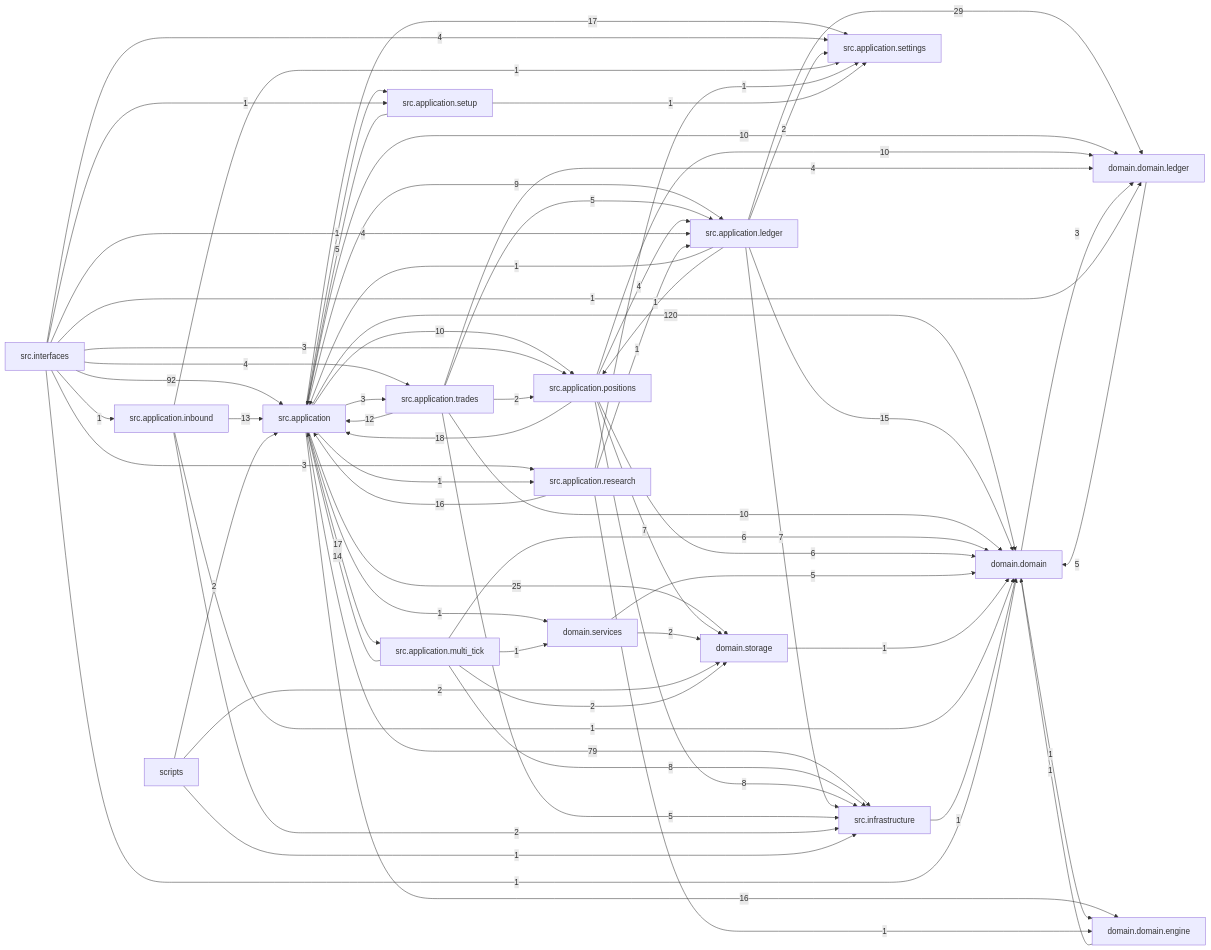
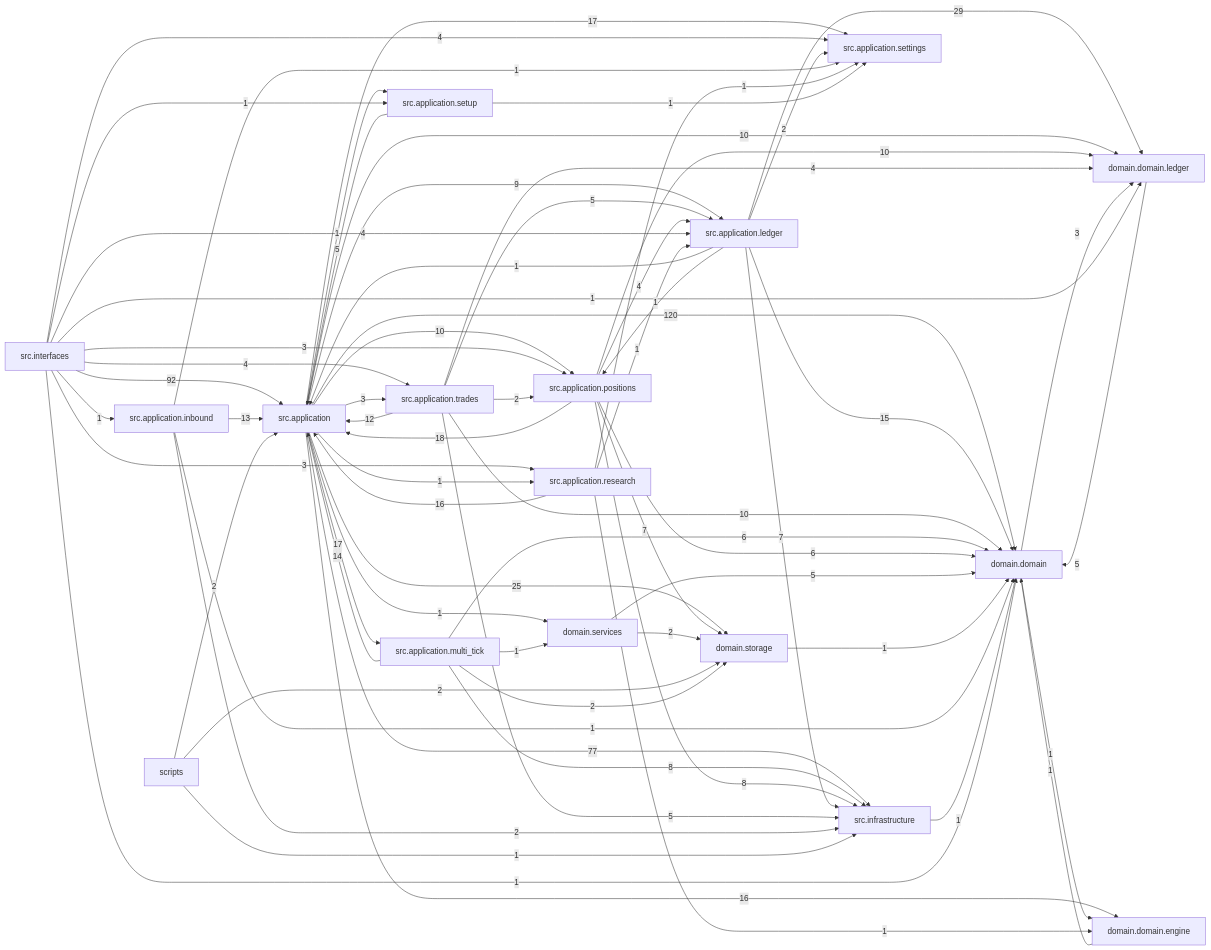
The diagram in docs/dependency_graph.mmd (liuxie066/options-monitor), drawn with Mermaid before and after one commit. The commit also changed 71 other files, not shown here.

```diff
--- a/docs/dependency_graph.mmd
+++ b/docs/dependency_graph.mmd
@@ -1,68 +1,68 @@
 flowchart LR
   src_application["src.application"] -->|120| domain_domain["domain.domain"]
   src_interfaces["src.interfaces"] -->|92| src_application["src.application"]
-  src_application["src.application"] -->|79| src_infrastructure["src.infrastructure"]
+  src_application["src.application"] -->|77| src_infrastructure["src.infrastructure"]
   src_application_ledger["src.application.ledger"] -->|29| domain_domain_ledger["domain.domain.ledger"]
   src_application["src.application"] -->|25| domain_storage["domain.storage"]
   src_application_positions["src.application.positions"] -->|18| src_application["src.application"]
   src_application["src.application"] -->|17| src_application_multi_tick["src.application.multi_tick"]
   src_application["src.application"] -->|17| src_application_settings["src.application.settings"]
   src_application["src.application"] -->|16| domain_domain_engine["domain.domain.engine"]
   src_application_research["src.application.research"] -->|16| src_application["src.application"]
   src_application_ledger["src.application.ledger"] -->|15| domain_domain["domain.domain"]
   src_application_multi_tick["src.application.multi_tick"] -->|14| src_application["src.application"]
   src_application_inbound["src.application.inbound"] -->|13| src_application["src.application"]
   src_application_trades["src.application.trades"] -->|12| src_application["src.application"]
   src_application["src.application"] -->|10| domain_domain_ledger["domain.domain.ledger"]
   src_application["src.application"] -->|10| src_application_positions["src.application.positions"]
   src_application_positions["src.application.positions"] -->|10| domain_domain_ledger["domain.domain.ledger"]
   src_application_trades["src.application.trades"] -->|10| domain_domain["domain.domain"]
   src_application["src.application"] -->|9| src_application_ledger["src.application.ledger"]
   src_application_multi_tick["src.application.multi_tick"] -->|8| src_infrastructure["src.infrastructure"]
   src_application_positions["src.application.positions"] -->|8| src_infrastructure["src.infrastructure"]
   src_application_ledger["src.application.ledger"] -->|7| src_infrastructure["src.infrastructure"]
   src_application_positions["src.application.positions"] -->|7| domain_storage["domain.storage"]
   src_application_multi_tick["src.application.multi_tick"] -->|6| domain_domain["domain.domain"]
   src_application_positions["src.application.positions"] -->|6| domain_domain["domain.domain"]
   domain_domain_ledger["domain.domain.ledger"] -->|5| domain_domain["domain.domain"]
   domain_services["domain.services"] -->|5| domain_domain["domain.domain"]
   src_application_setup["src.application.setup"] -->|5| src_application["src.application"]
   src_application_trades["src.application.trades"] -->|5| src_application_ledger["src.application.ledger"]
   src_application_trades["src.application.trades"] -->|5| src_infrastructure["src.infrastructure"]
   src_application_positions["src.application.positions"] -->|4| src_application_ledger["src.application.ledger"]
   src_application_trades["src.application.trades"] -->|4| domain_domain_ledger["domain.domain.ledger"]
   src_interfaces["src.interfaces"] -->|4| src_application_ledger["src.application.ledger"]
   src_interfaces["src.interfaces"] -->|4| src_application_settings["src.application.settings"]
   src_interfaces["src.interfaces"] -->|4| src_application_trades["src.application.trades"]
   domain_domain["domain.domain"] -->|3| domain_domain_ledger["domain.domain.ledger"]
   src_application["src.application"] -->|3| src_application_trades["src.application.trades"]
   src_interfaces["src.interfaces"] -->|3| src_application_positions["src.application.positions"]
   src_interfaces["src.interfaces"] -->|3| src_application_research["src.application.research"]
   domain_services["domain.services"] -->|2| domain_storage["domain.storage"]
   scripts["scripts"] -->|2| domain_storage["domain.storage"]
   scripts["scripts"] -->|2| src_application["src.application"]
   src_application_inbound["src.application.inbound"] -->|2| src_infrastructure["src.infrastructure"]
   src_application_ledger["src.application.ledger"] -->|2| src_application_settings["src.application.settings"]
   src_application_multi_tick["src.application.multi_tick"] -->|2| domain_storage["domain.storage"]
   src_application_trades["src.application.trades"] -->|2| src_application_positions["src.application.positions"]
   domain_domain["domain.domain"] -->|1| domain_domain_engine["domain.domain.engine"]
   domain_domain_engine["domain.domain.engine"] -->|1| domain_domain["domain.domain"]
   domain_storage["domain.storage"] -->|1| domain_domain["domain.domain"]
   scripts["scripts"] -->|1| src_infrastructure["src.infrastructure"]
   src_application["src.application"] -->|1| domain_services["domain.services"]
   src_application["src.application"] -->|1| src_application_research["src.application.research"]
   src_application["src.application"] -->|1| src_application_setup["src.application.setup"]
   src_application_inbound["src.application.inbound"] -->|1| domain_domain["domain.domain"]
   src_application_inbound["src.application.inbound"] -->|1| src_application_settings["src.application.settings"]
   src_application_ledger["src.application.ledger"] -->|1| src_application["src.application"]
   src_application_ledger["src.application.ledger"] -->|1| src_application_positions["src.application.positions"]
   src_application_multi_tick["src.application.multi_tick"] -->|1| domain_services["domain.services"]
   src_application_research["src.application.research"] -->|1| domain_domain_engine["domain.domain.engine"]
   src_application_research["src.application.research"] -->|1| src_application_ledger["src.application.ledger"]
   src_application_research["src.application.research"] -->|1| src_application_settings["src.application.settings"]
   src_application_setup["src.application.setup"] -->|1| src_application_settings["src.application.settings"]
   src_infrastructure["src.infrastructure"] -->|1| domain_domain["domain.domain"]
   src_interfaces["src.interfaces"] -->|1| domain_domain["domain.domain"]
   src_interfaces["src.interfaces"] -->|1| domain_domain_ledger["domain.domain.ledger"]
   src_interfaces["src.interfaces"] -->|1| src_application_inbound["src.application.inbound"]
   src_interfaces["src.interfaces"] -->|1| src_application_setup["src.application.setup"]
```
